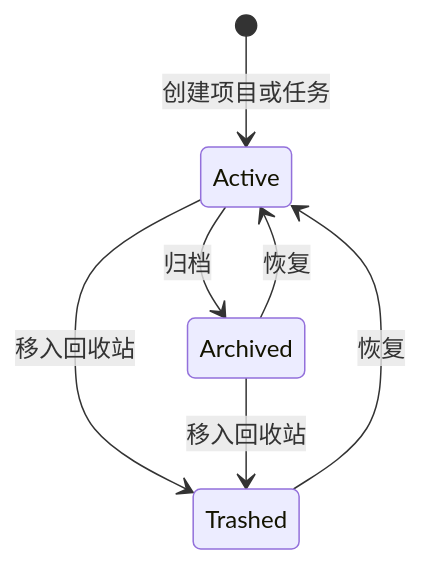
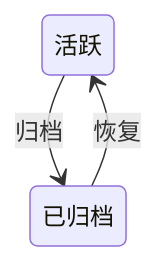
One commit to qweaxdzsc/AI4E_dojo changed the second of 4 diagrams in docs/PRD/ai4e-web/src/PRD.md. Above: the diagram before and after it, drawn with Mermaid. The commit also changed other lines of this file and 522 other files, not shown here.

````diff
--- a/docs/PRD/ai4e-web/src/PRD.md
+++ b/docs/PRD/ai4e-web/src/PRD.md
@@ -71,9 +47,5 @@
 ```mermaid
 stateDiagram-v2
-  [*] --> Active: 创建项目或任务
-  Active --> Archived: 归档
-  Archived --> Active: 恢复
-  Active --> Trashed: 移入回收站
-  Archived --> Trashed: 移入回收站
-  Trashed --> Active: 恢复
+  活跃 --> 已归档: 归档
+  已归档 --> 活跃: 恢复
 ```
````
